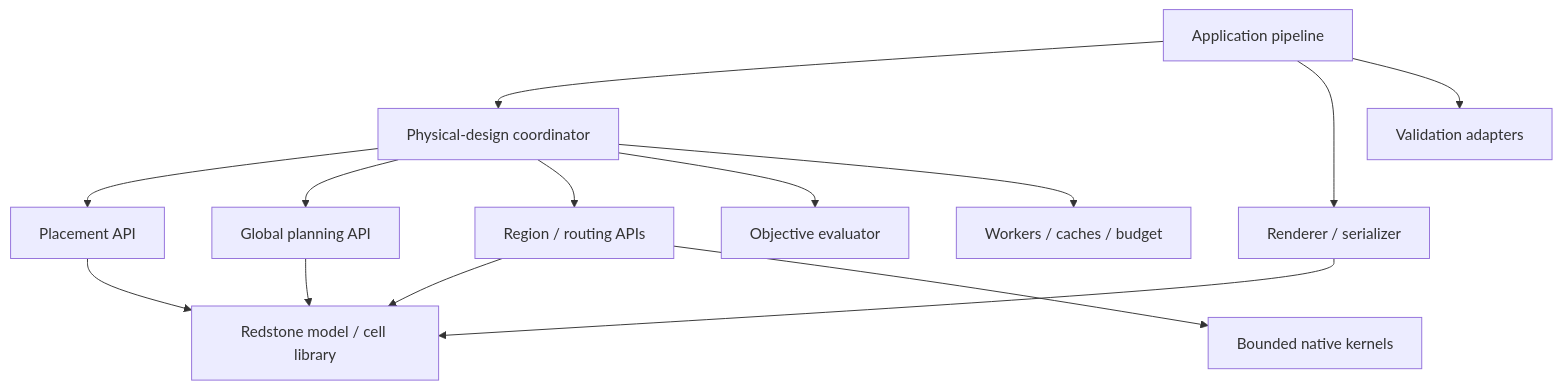
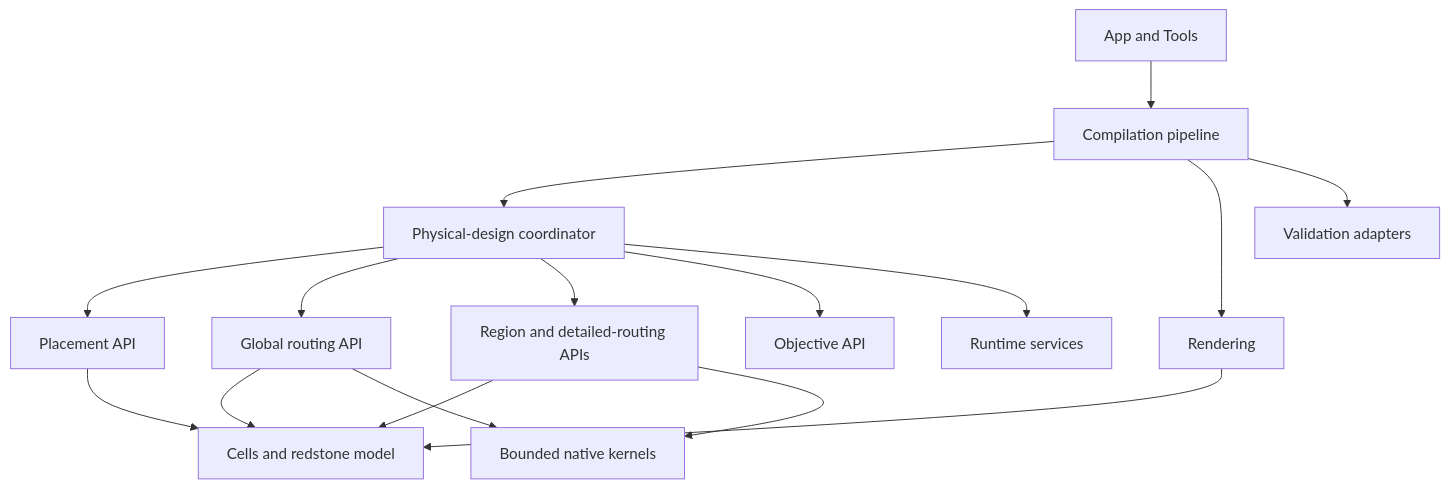
Before and after one commit to ThunderFruta/RedstoneCompiler: the second of 3 diagrams in Docs/Architecture/PhysicalDesignArchitectureReview.md, drawn with Mermaid. The commit also changed other lines of this file and 50 other files, not shown here.

Commit message:
Document physical design pillars and contracts

````diff
--- a/Docs/Architecture/PhysicalDesignArchitectureReview.md
+++ b/Docs/Architecture/PhysicalDesignArchitectureReview.md
@@ -344,16 +154,18 @@
-~~~mermaid
+```mermaid
 flowchart TD
-    P["Application pipeline"] --> D["Physical-design coordinator"]
-    P --> E["Renderer / serializer"]
-    P --> V["Validation adapters"]
-    D --> A["Placement API"]
-    D --> G["Global planning API"]
-    D --> R["Region / routing APIs"]
-    D --> O["Objective evaluator"]
-    D --> W["Workers / caches / budget"]
-    A --> M["Redstone model / cell library"]
+    A["App and Tools"] --> P["Compilation pipeline"]
+    P --> C["Physical-design coordinator"]
+    C --> L["Placement API"]
+    C --> G["Global routing API"]
+    C --> R["Region and detailed-routing APIs"]
+    C --> O["Objective API"]
+    C --> W["Runtime services"]
+    L --> M["Cells and redstone model"]
     G --> M
     R --> M
-    E --> M
-    R --> K["Bounded native kernels"]
-~~~
+    E["Rendering"] --> M
+    G --> K["Bounded native kernels"]
+    R --> K
+    P --> E
+    P --> V["Validation adapters"]
+```
````
